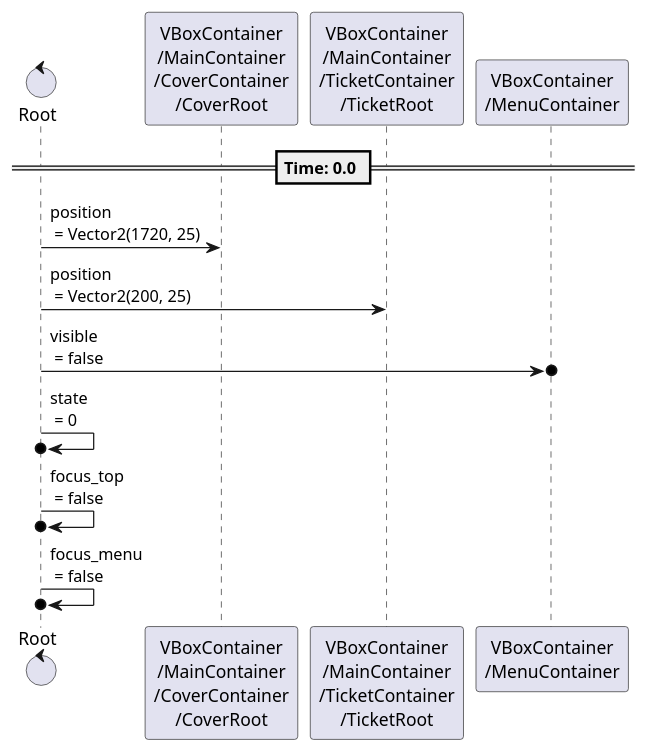
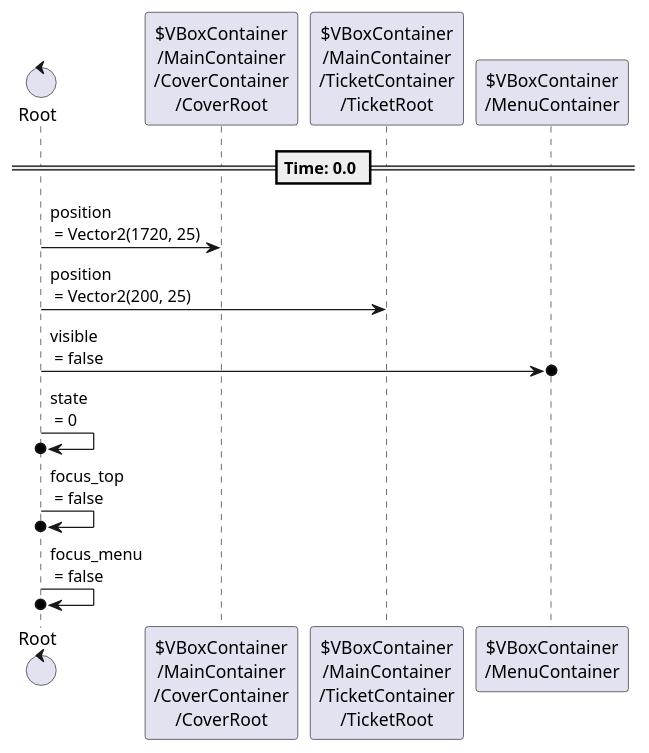
Before and after one commit to tkmfujise/Platformer-Game-Learning: the second of 7 diagrams in content/scenes/src/account/account.tscn.adoc, drawn with PlantUML. The commit also changed other lines of this file and 31 other files, not shown here.

Commit message:
Add prefix $ to node name in animation sequences

```diff
--- a/content/scenes/src/account/account.tscn.adoc
+++ b/content/scenes/src/account/account.tscn.adoc
@@ -420,19 +420,19 @@
 [plantuml]
 ....
-control "Root" as Root
-participant "VBoxContainer\n/MainContainer\n/CoverContainer\n/CoverRoot" as T0
-participant "VBoxContainer\n/MainContainer\n/TicketContainer\n/TicketRoot" as T1
-participant "VBoxContainer\n/MenuContainer" as T2
+control "Root" as R
+participant "$VBoxContainer\n/MainContainer\n/CoverContainer\n/CoverRoot" as T0
+participant "$VBoxContainer\n/MainContainer\n/TicketContainer\n/TicketRoot" as T1
+participant "$VBoxContainer\n/MenuContainer" as T2
 
 
 
 == Time: 0.0 ==
-Root  ->  T0 : position\n = Vector2(1720, 25)
-Root  ->  T1 : position\n = Vector2(200, 25)
-Root  ->o  T2 : visible\n = false
-Root  ->o  Root : state\n = 0
-Root  ->o  Root : focus_top\n = false
-Root  ->o  Root : focus_menu\n = false
+R  ->  T0 : position\n = Vector2(1720, 25)
+R  ->  T1 : position\n = Vector2(200, 25)
+R  ->o  T2 : visible\n = false
+R  ->o  R : state\n = 0
+R  ->o  R : focus_top\n = false
+R  ->o  R : focus_menu\n = false
 
 
 ....
```
